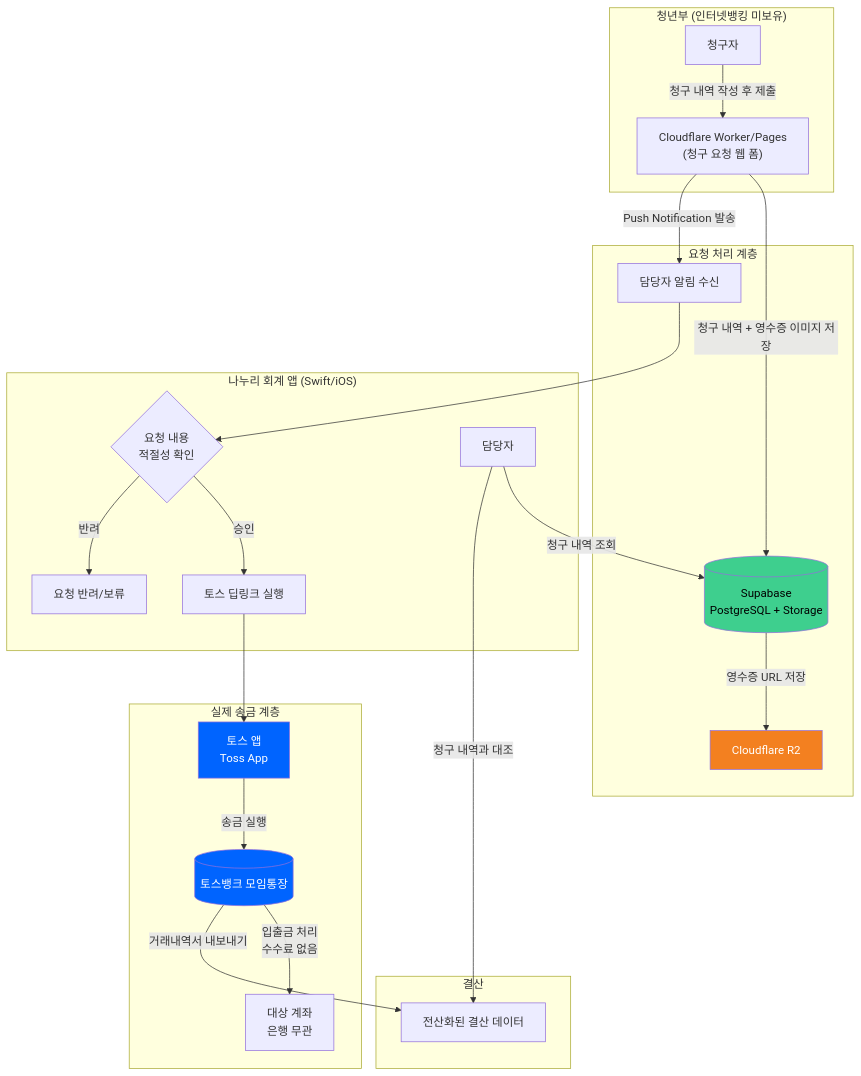
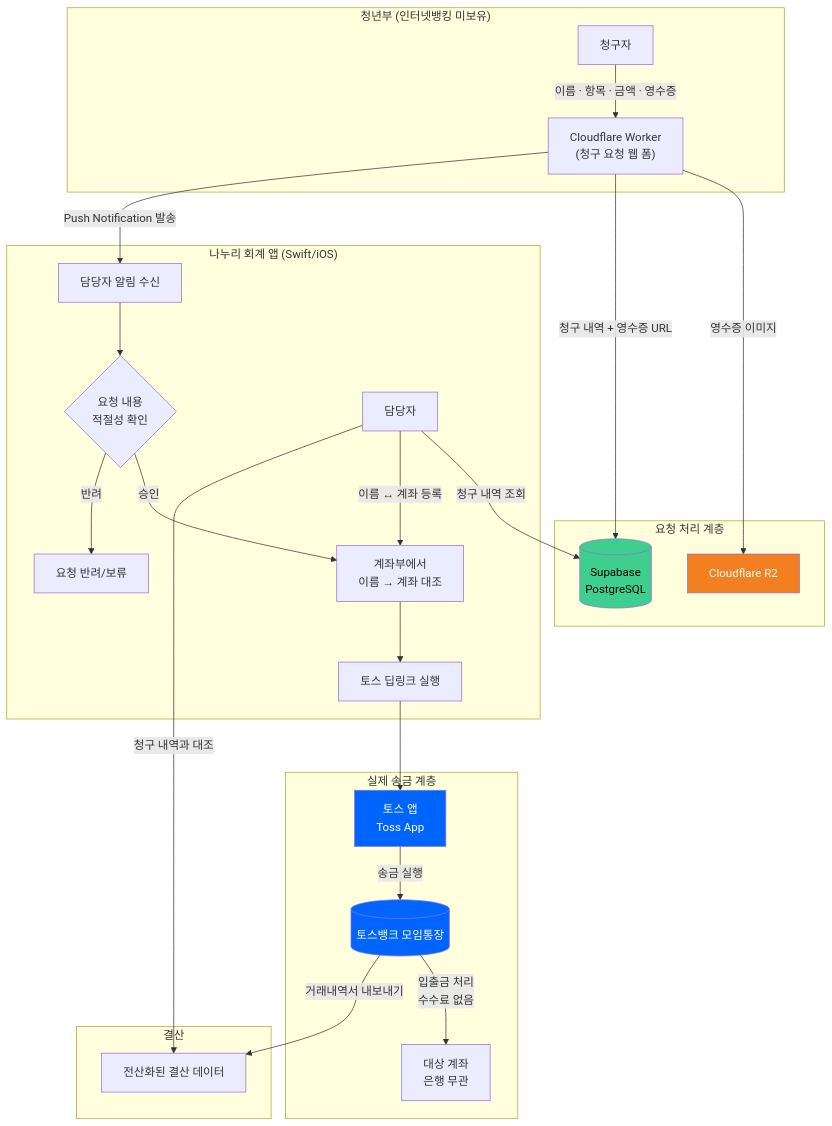
The diagram in README.md (Ciracino88/nanuri-ios-app), drawn with Mermaid before and after one commit. The commit also changed other lines of this file, not shown here.

Commit message:
README 를 실제 구현에 맞추고 계좌부를 되살림
세 가지가 코드와 어긋나 있었다.

첫째, 핵심 흐름 요약이 웹 폼을 "React/Tailwind, Cloudflare Pages" 라고 적었다.
실제로는 worker/src/form.js 에서 Worker 가 그려 내려주는 손으로 쓴 HTML 과 순수
CSS 다. React 도 Tailwind 도 Pages 도 저장소에 없다. 읽는 사람이 물어보면 답이
없는 자리라 지웠다.

둘째, 다이어그램의 R2 화살표가 거꾸로였다. Supabase 가 영수증 이미지를 받아서
R2 로 URL 을 보내는 것처럼 그려져 있었는데 반대다 — 이미지는 R2 로 가고 Supabase
에는 그 URL 만 들어간다. 라벨의 Storage 도 뺐다. Supabase Storage 를 쓰는 곳은
프로필 사진 하나뿐이고 영수증은 지나가지 않는다.

셋째, 계좌를 청구자에게 받지 않는다는 것이 통째로 빠져 있었다. 폼은 이름·항목·
금액·영수증 넷만 받고 계좌는 담당자가 계좌부에 등록해 둔 값을 이름으로 대조해서
쓴다. 앱에 계좌부 탭이 왜 있는지가 이것으로만 설명되므로 절을 하나 두고,
다이어그램에도 대조 노드와 등록 간선을 넣었다.

곁가지로 렌더링을 확인하다 두 가지를 더 고쳤다. 노드 라벨의 \n 은 큰따옴표 안이라
글자 그대로 나온다 — 전부 <br/> 로 바꿨다. 그리고 "담당자 알림 수신" 이 앱이 아니라
"요청 처리 계층" 상자에 들어가 있었다. mermaid 가 노드를 처음 언급된 서브그래프에
넣는데 푸시 간선이 선언보다 먼저 나와서였다. 간선을 서브그래프 밖으로 빼고 이유를
주석으로 남겼다.

````diff
--- a/README.md
+++ b/README.md
@@ -35,35 +45,40 @@
 ```mermaid
 flowchart TD
     subgraph 청년부["청년부 (인터넷뱅킹 미보유)"]
-        A[청구자] -->|청구 내역 작성 후 제출| B["Cloudflare Worker/Pages\n(청구 요청 웹 폼)"]
+        A[청구자] -->|"이름 · 항목 · 금액 · 영수증"| B["Cloudflare Worker<br/>(청구 요청 웹 폼)"]
     end
 
     subgraph 요청처리["요청 처리 계층"]
-        B -->|청구 내역 + 영수증 이미지 저장| D[(Supabase\nPostgreSQL + Storage)]
-        D -->|영수증 URL 저장| R[Cloudflare R2]
-        B -->|Push Notification 발송| E
+        B -->|영수증 이미지| R["Cloudflare R2"]
+        B -->|"청구 내역 + 영수증 URL"| D[("Supabase<br/>PostgreSQL")]
     end
 
     subgraph 나누리["나누리 회계 앱 (Swift/iOS)"]
-        E[담당자 알림 수신] --> F{요청 내용\n적절성 확인}
-        F -->|승인| G[토스 딥링크 실행]
+        E["담당자 알림 수신"] --> F{"요청 내용<br/>적절성 확인"}
+        F -->|승인| P["계좌부에서<br/>이름 → 계좌 대조"]
+        P --> G[토스 딥링크 실행]
         F -->|반려| H[요청 반려/보류]
         M[담당자] -->|청구 내역 조회| D
+        M -->|"이름 ↔ 계좌 등록"| P
     end
 
+    %% 푸시 간선은 서브그래프 밖에 둔다. 안에 두면 mermaid 가 E 를
+    %% "처음 언급된" 요청 처리 계층으로 넣어 버린다.
+    B -->|Push Notification 발송| E
+
     subgraph 송금["실제 송금 계층"]
-        G --> I[토스 앱\nToss App]
-        I -->|송금 실행| J[(토스뱅크 모임통장)]
-        J -->|입출금 처리\n수수료 없음| K[대상 계좌\n은행 무관]
+        G --> I["토스 앱<br/>Toss App"]
+        I -->|송금 실행| J[("토스뱅크 모임통장")]
+        J -->|"입출금 처리<br/>수수료 없음"| K["대상 계좌<br/>은행 무관"]
     end
 
     subgraph 결산["결산"]
         J -->|거래내역서 내보내기| L[전산화된 결산 데이터]
         M -->|청구 내역과 대조| L
     end
 
     style D fill:#3ECF8E,color:#000
     style R fill:#F38020,color:#fff
     style I fill:#0064FF,color:#fff
     style J fill:#0064FF,color:#fff
 ```
````
